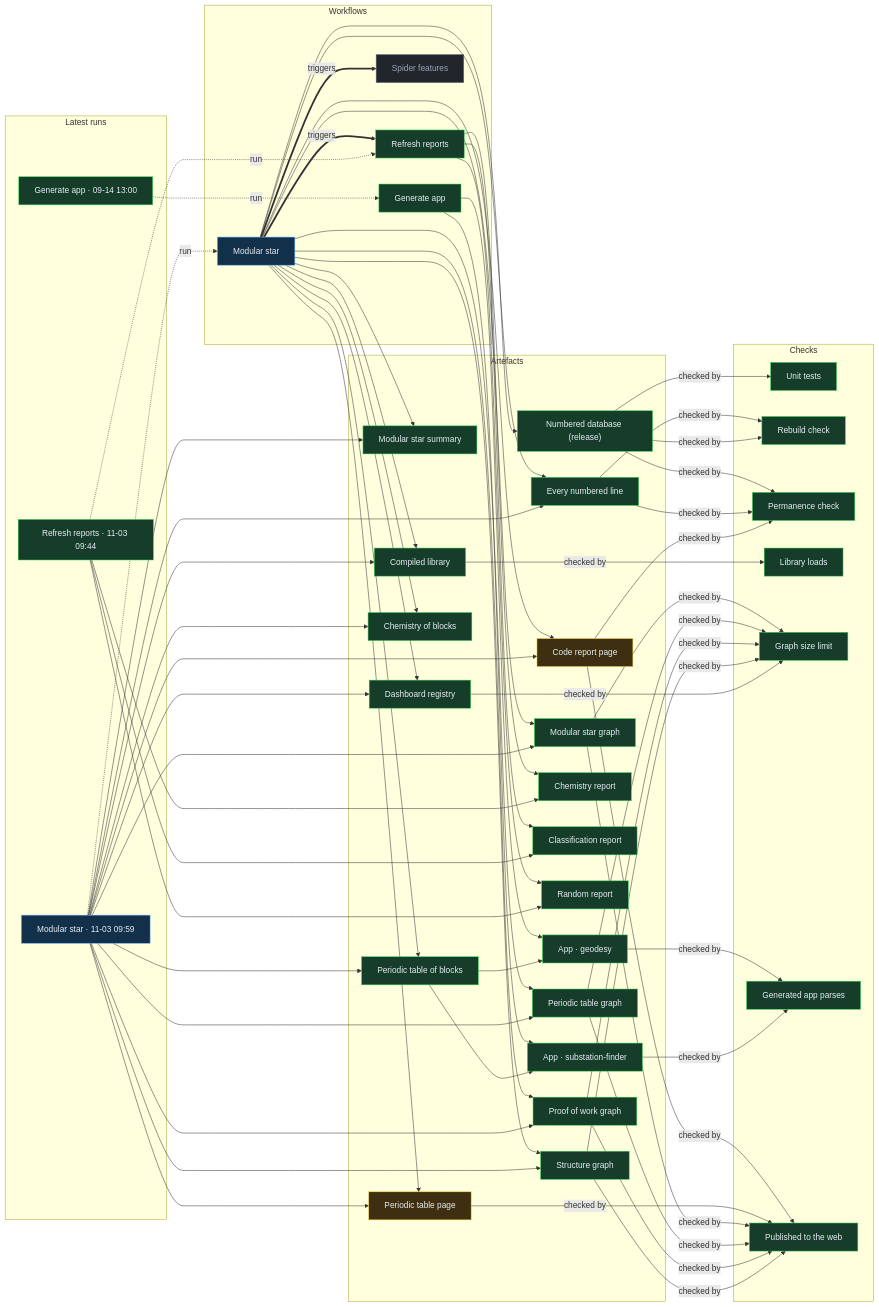
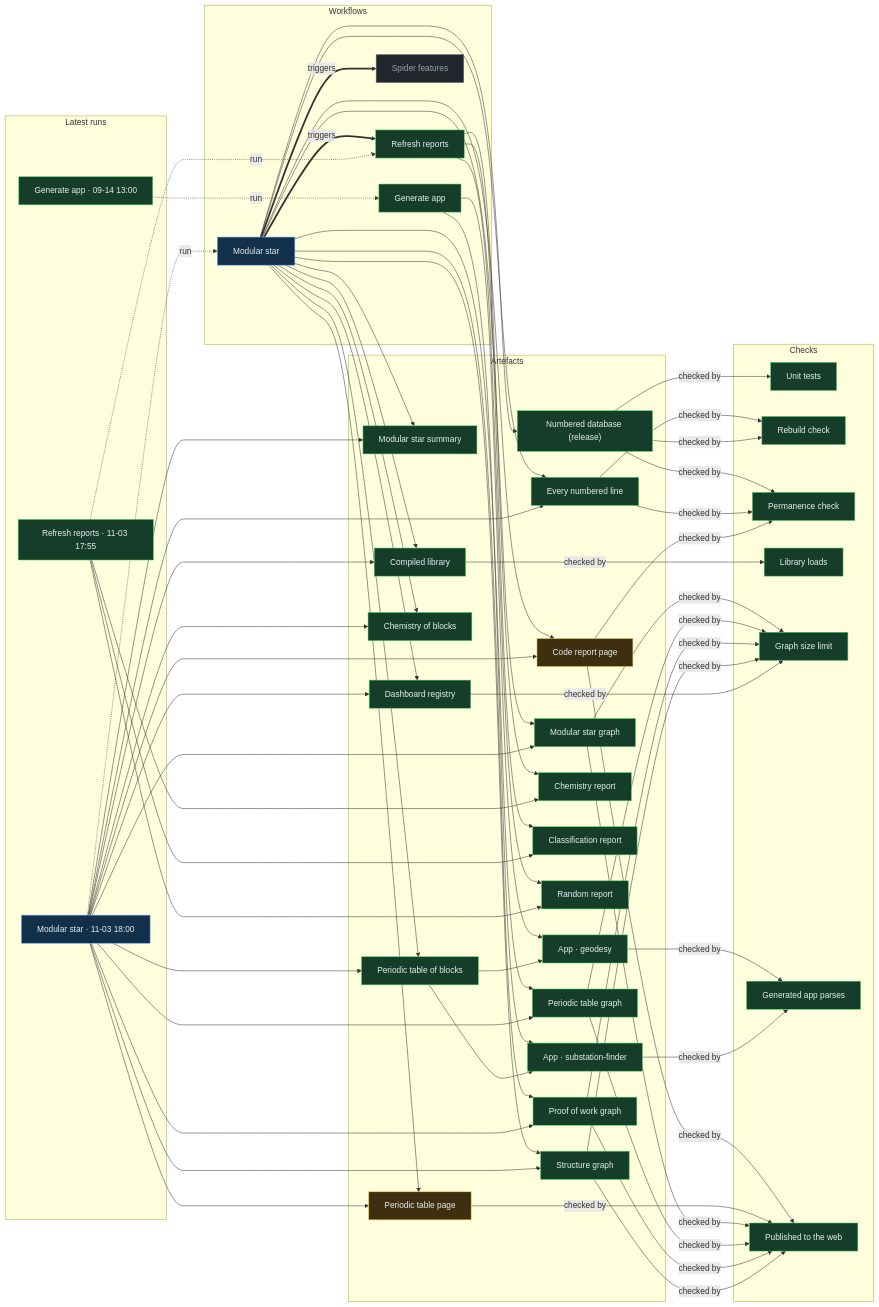
Before and after one commit to Ventusltd/stars: the diagram in proof/PROOF.md, drawn with Mermaid. The commit also changed other lines of this file and 34 other files, not shown here.

Commit message:
Modular star 2026-11-03T18:20Z

```diff
--- a/proof/PROOF.md
+++ b/proof/PROOF.md
@@ -24,8 +24,8 @@
   n_wf_spider_features["Spider features"]:::off
   end
   subgraph g_runs["Latest runs"]
-  n_run_41615508182["Modular star · 11-03 09:59"]:::live
-  n_run_41613501761["Refresh reports · 11-03 09:44"]:::ok
+  n_run_41689572305["Modular star · 11-03 18:00"]:::live
+  n_run_41688899225["Refresh reports · 11-03 17:55"]:::ok
   n_run_34846587798["Generate app · 09-14 13:00"]:::ok
   end
   subgraph g_artefacts["Artefacts"]
@@ -59,39 +59,39 @@
   end
   n_wf_modular_star == triggers ==> n_wf_refresh
   n_wf_modular_star == triggers ==> n_wf_spider_features
-  n_run_41615508182 -. run .-> n_wf_modular_star
-  n_run_41613501761 -. run .-> n_wf_refresh
+  n_run_41689572305 -. run .-> n_wf_modular_star
+  n_run_41688899225 -. run .-> n_wf_refresh
   n_run_34846587798 -. run .-> n_wf_generate
   n_wf_modular_star --> n_art_summary
-  n_run_41615508182 --> n_art_summary
+  n_run_41689572305 --> n_art_summary
   n_wf_modular_star --> n_art_lines
-  n_run_41615508182 --> n_art_lines
+  n_run_41689572305 --> n_art_lines
   n_wf_modular_star --> n_art_code
-  n_run_41615508182 --> n_art_code
+  n_run_41689572305 --> n_art_code
   n_wf_modular_star --> n_art_modular_graph
-  n_run_41615508182 --> n_art_modular_graph
+  n_run_41689572305 --> n_art_modular_graph
   n_wf_modular_star --> n_art_blocks
-  n_run_41615508182 --> n_art_blocks
+  n_run_41689572305 --> n_art_blocks
   n_wf_modular_star --> n_art_table
-  n_run_41615508182 --> n_art_table
+  n_run_41689572305 --> n_art_table
   n_wf_modular_star --> n_art_blocks_graph
-  n_run_41615508182 --> n_art_blocks_graph
+  n_run_41689572305 --> n_art_blocks_graph
   n_wf_modular_star --> n_art_reactions
-  n_run_41615508182 --> n_art_reactions
+  n_run_41689572305 --> n_art_reactions
   n_wf_modular_star --> n_art_library
-  n_run_41615508182 --> n_art_library
+  n_run_41689572305 --> n_art_library
   n_wf_modular_star --> n_art_features
-  n_run_41615508182 --> n_art_features
+  n_run_41689572305 --> n_art_features
   n_wf_modular_star --> n_art_proof
-  n_run_41615508182 --> n_art_proof
+  n_run_41689572305 --> n_art_proof
   n_wf_modular_star --> n_art_structure
-  n_run_41615508182 --> n_art_structure
+  n_run_41689572305 --> n_art_structure
   n_wf_refresh --> n_art_chemistry
-  n_run_41613501761 --> n_art_chemistry
+  n_run_41688899225 --> n_art_chemistry
   n_wf_refresh --> n_art_vedic
-  n_run_41613501761 --> n_art_vedic
+  n_run_41688899225 --> n_art_vedic
   n_wf_refresh --> n_art_random
-  n_run_41613501761 --> n_art_random
+  n_run_41688899225 --> n_art_random
   n_wf_modular_star --> n_art_release
   n_wf_generate --> n_app_geodesy
   n_art_blocks --> n_app_geodesy
```
